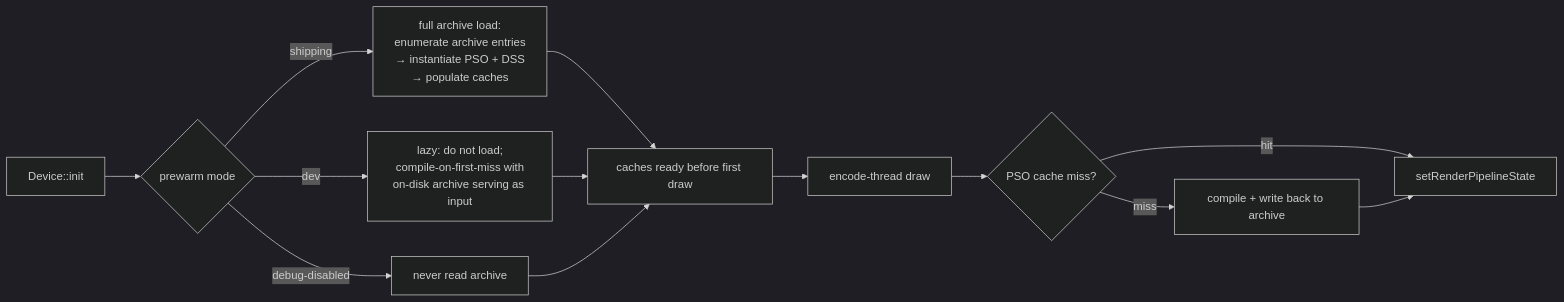
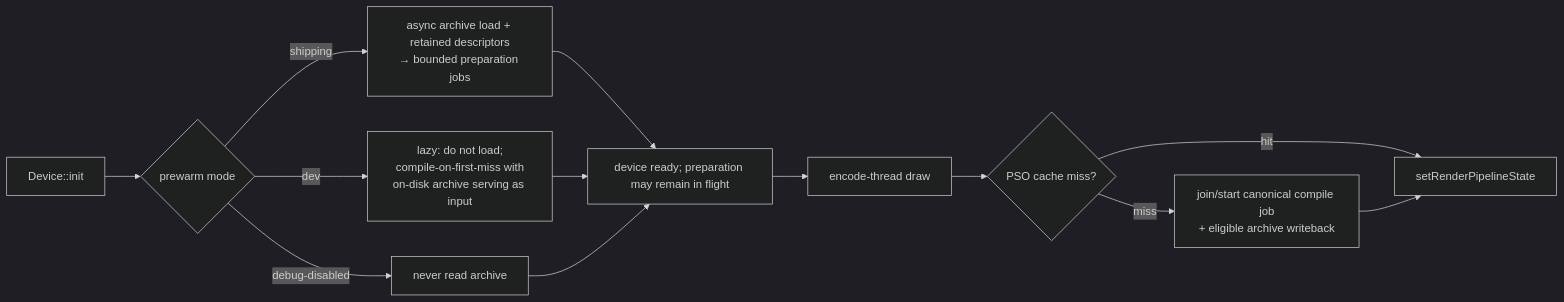
Diagram 12 of 26 in specs/backend/spec.md (dfdgsdfg/dxmt9), drawn with Mermaid (dark theme) before and after one commit. The commit also changed other lines of this file and 13 other files, not shown here.

````diff
--- a/specs/backend/spec.md
+++ b/specs/backend/spec.md
@@ -1267,16 +1269,16 @@
 ```mermaid
 flowchart LR
     INIT["Device::init"] --> MODE{"prewarm mode"}
-    MODE -->|"shipping"| FULL["full archive load:\nenumerate archive entries\n→ instantiate PSO + DSS\n→ populate caches"]
+    MODE -->|"shipping"| FULL["async archive load + retained descriptors\n→ bounded preparation jobs"]
     MODE -->|"dev"| LAZY["lazy: do not load;\ncompile-on-first-miss with\non-disk archive serving as input"]
     MODE -->|"debug-disabled"| OFF["never read archive"]
-    FULL --> READY["caches ready before first draw"]
+    FULL --> READY["device ready; preparation may remain in flight"]
     LAZY --> READY
     OFF --> READY
 
     READY --> ENC["encode-thread draw"]
     ENC --> MISS{"PSO cache miss?"}
     MISS -->|"hit"| USE["setRenderPipelineState"]
-    MISS -->|"miss"| CMP["compile + write back to archive"]
+    MISS -->|"miss"| CMP["join/start canonical compile job\n+ eligible archive writeback"]
     CMP --> USE
 ```
````
